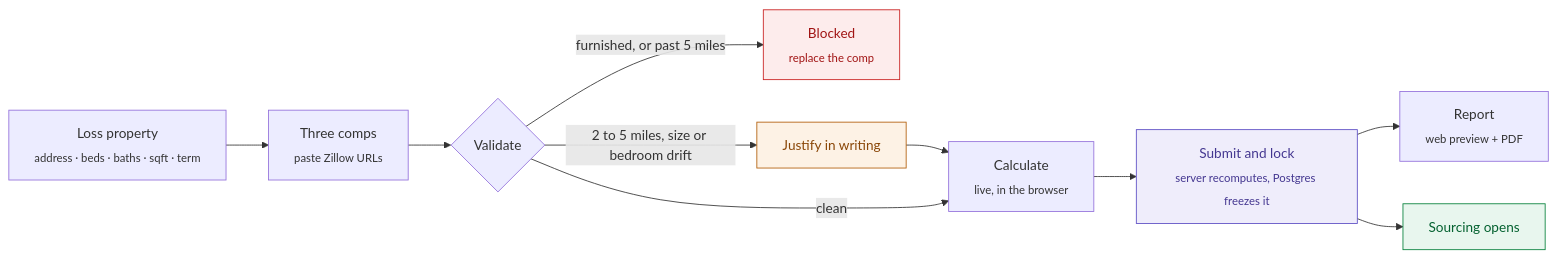
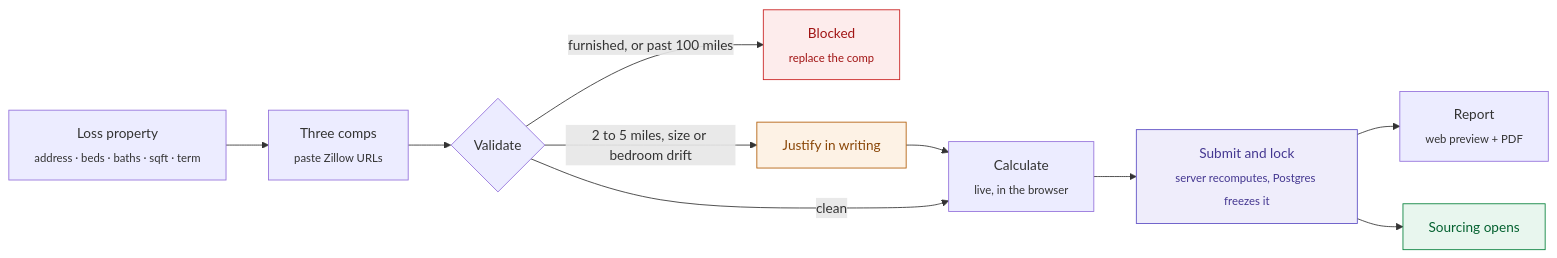
The first of 2 diagrams in README.md (Novahavens/FRV), drawn with Mermaid before and after one commit. The commit also changed other lines of this file and 12 other files, not shown here.

````diff
--- a/README.md
+++ b/README.md
@@ -115,17 +115,17 @@
 ```mermaid
 flowchart LR
     A[Loss property<br/><sub>address · beds · baths · sqft · term</sub>] --> B[Three comps<br/><sub>paste Zillow URLs</sub>]
     B --> V{Validate}
-    V -- furnished, or past 5 miles --> X[Blocked<br/><sub>replace the comp</sub>]
+    V -- furnished, or past 100 miles --> X[Blocked<br/><sub>replace the comp</sub>]
     V -- 2 to 5 miles, size or bedroom drift --> J[Justify in writing]
     J --> C
     V -- clean --> C[Calculate<br/><sub>live, in the browser</sub>]
     C --> L[Submit and lock<br/><sub>server recomputes, Postgres freezes it</sub>]
     L --> R[Report<br/><sub>web preview + PDF</sub>]
     L --> S[Sourcing opens]
 
     style X fill:#fdecec,stroke:#c81e1e,color:#a11414
     style J fill:#fdf2e5,stroke:#b25e09,color:#8a4708
     style L fill:#efedfb,stroke:#5b4cc4,color:#443790
     style S fill:#e8f6ee,stroke:#05803b,color:#046130
 ```
````
